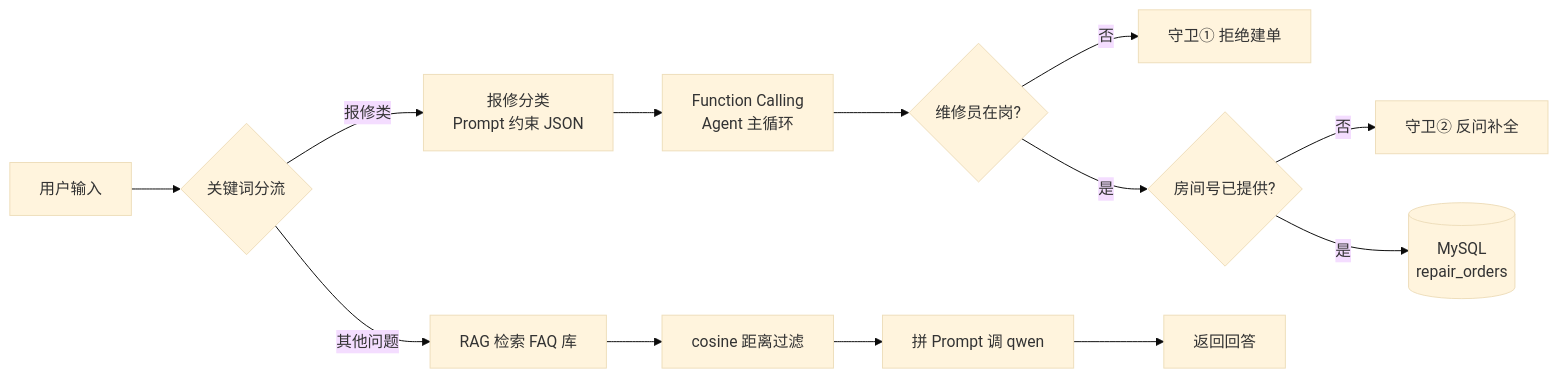
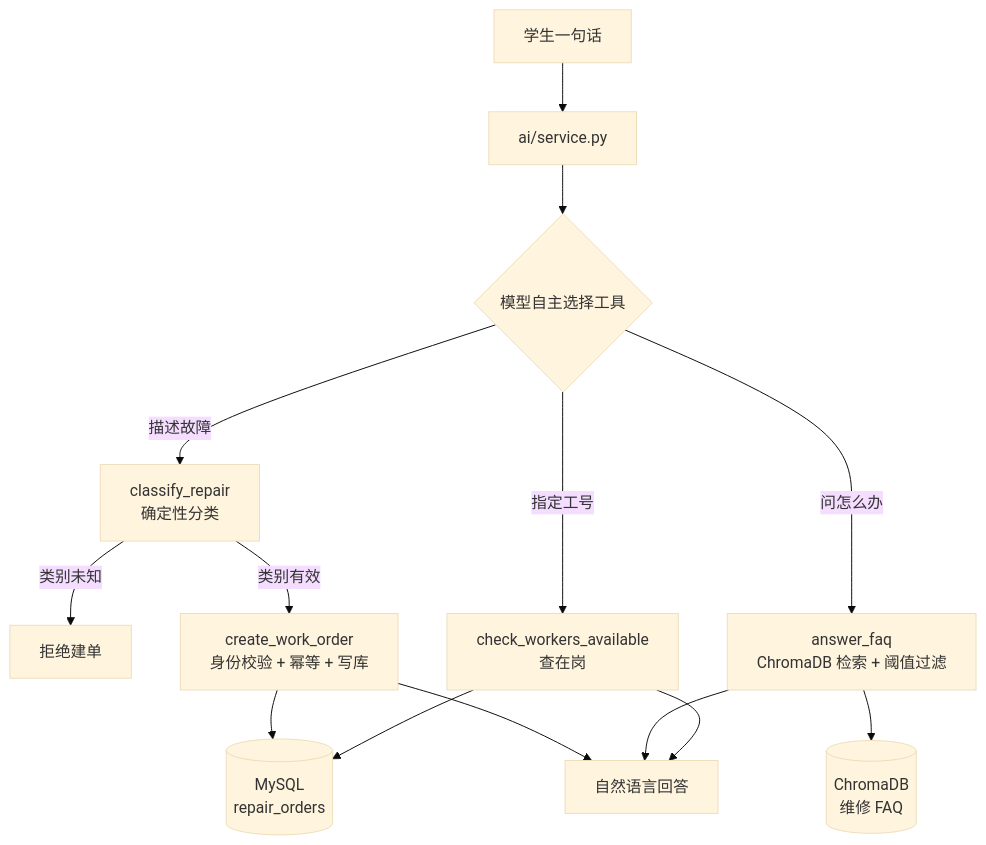
The diagram in README.md (xiao-cik-l/ai-repair), drawn with Mermaid (base theme) before and after one commit. The commit also changed other lines of this file and 43 other files, not shown here.

````diff
--- a/README.md
+++ b/README.md
@@ -21,15 +52,16 @@
 ```mermaid
-flowchart LR
-    A[用户输入] --> B{关键词分流}
-    B -->|报修类| C[报修分类<br/>Prompt 约束 JSON]
-    C --> D[Function Calling<br/>Agent 主循环]
-    D --> E{维修员在岗?}
-    E -->|否| F[守卫① 拒绝建单]
-    E -->|是| G{房间号已提供?}
-    G -->|否| H[守卫② 反问补全]
-    G -->|是| I[(MySQL<br/>repair_orders)]
-    B -->|其他问题| J[RAG 检索 FAQ 库]
-    J --> K[cosine 距离过滤]
-    K --> L[拼 Prompt 调 qwen]
-    L --> M[返回回答]
+flowchart TB
+    U[学生一句话] --> S[ai/service.py]
+    S --> M{模型自主选择工具}
+    M -->|描述故障| C[classify_repair<br/>确定性分类]
+    C -->|类别未知| R1[拒绝建单]
+    C -->|类别有效| T1[create_work_order<br/>身份校验 + 幂等 + 写库]
+    M -->|问怎么办| T2[answer_faq<br/>ChromaDB 检索 + 阈值过滤]
+    M -->|指定工号| T3[check_workers_available<br/>查在岗]
+    T1 --> DB[(MySQL<br/>repair_orders)]
+    T2 --> KB[(ChromaDB<br/>维修 FAQ)]
+    T3 --> DB
+    T1 --> A[自然语言回答]
+    T2 --> A
+    T3 --> A
 ```
````
